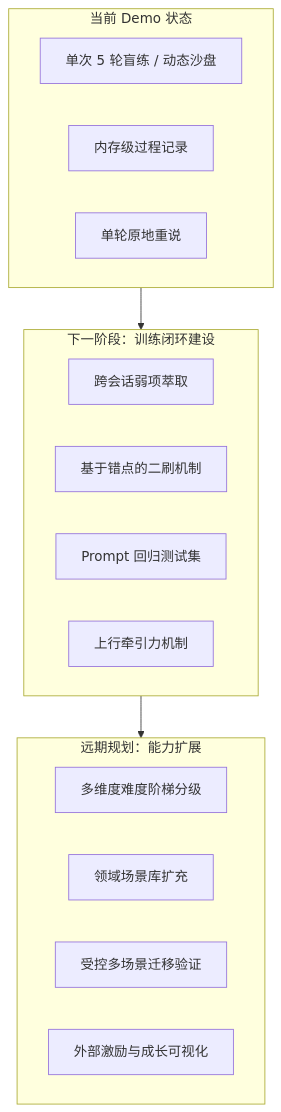
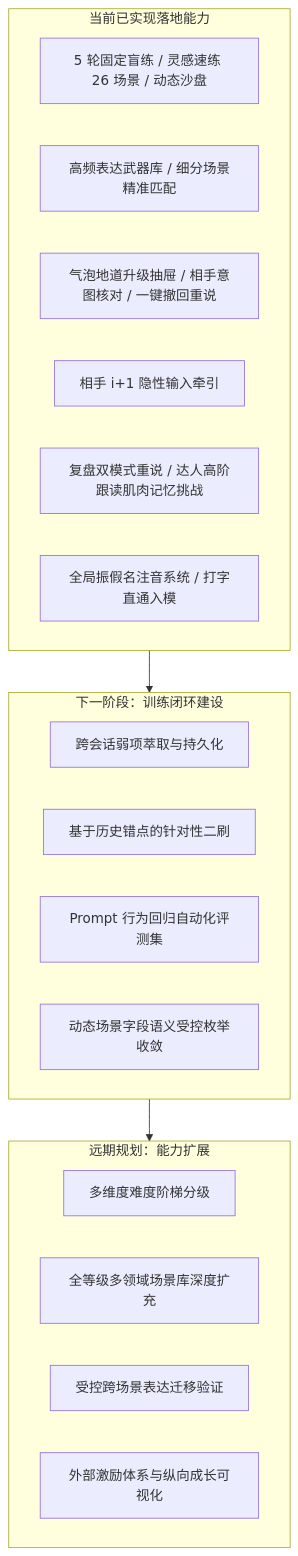
The fifth of 7 diagrams in docs/product-summary.md (Senn-s-Team/KaiwaDemo), drawn with Mermaid before and after one commit. The commit also changed other lines of this file and 1 other file, not shown here.

Commit message:
docs: align product and prompt specifications

````diff
--- a/docs/product-summary.md
+++ b/docs/product-summary.md
@@ -157,25 +173,28 @@
 ```mermaid
 flowchart TD
-    subgraph PhaseNow[当前 Demo 状态]
-        D1[单次 5 轮盲练 / 动态沙盘]
-        D2[内存级过程记录]
-        D3[单轮原地重说]
+    subgraph PhaseNow[当前已实现落地能力]
+        D1[5 轮固定盲练 / 灵感速练 26 场景 / 动态沙盘]
+        D2[高频表达武器库 / 细分场景精准匹配]
+        D3[气泡地道升级抽屉 / 相手意图核对 / 一键撤回重说]
+        D4[相手 i+1 隐性输入牵引]
+        D5[复盘双模式重说 / 达人高阶跟读肌肉记忆挑战]
+        D6[全局振假名注音系统 / 打字直通入模]
     end
 
     subgraph PhaseNext[下一阶段：训练闭环建设]
-        N1[跨会话弱项萃取]
-        N2[基于错点的二刷机制]
-        N3[Prompt 回归测试集]
-        N4[上行牵引力机制]
+        N1[跨会话弱项萃取与持久化]
+        N2[基于历史错点的针对性二刷]
+        N3[Prompt 行为回归自动化评测集]
+        N4[动态场景字段语义受控枚举收敛]
     end
 
     subgraph PhaseFuture[远期规划：能力扩展]
         F1[多维度难度阶梯分级]
-        F2[领域场景库扩充]
-        F3[受控多场景迁移验证]
-        F4[外部激励与成长可视化]
+        F2[全等级多领域场景库深度扩充]
+        F3[受控跨场景表达迁移验证]
+        F4[外部激励体系与纵向成长可视化]
     end
 
     PhaseNow --> PhaseNext
     PhaseNext --> PhaseFuture
 ```
````
